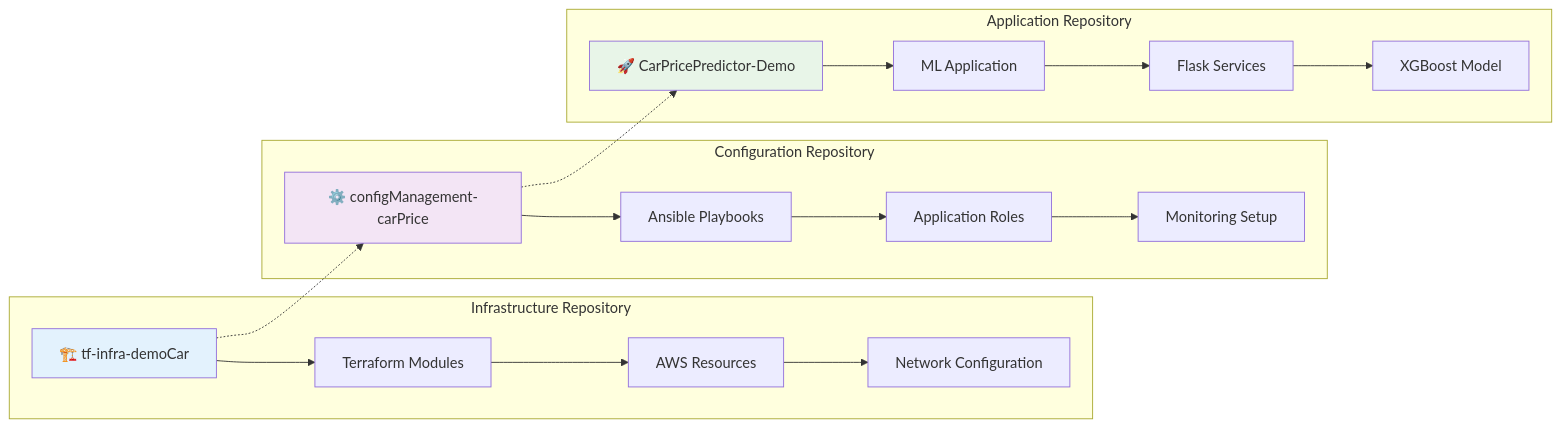
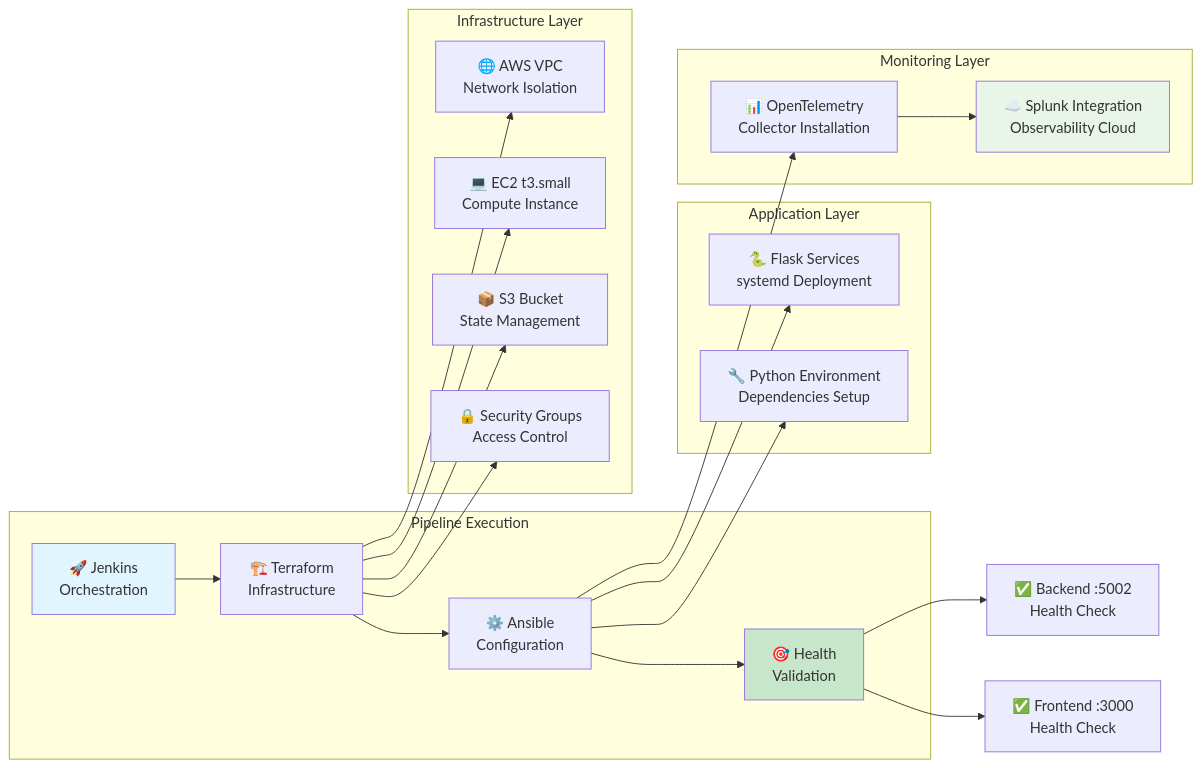
One commit to andreaendigital/CarPricePredictor-Demo changed the second of 6 diagrams in docs/jenkins/DOCUMENTATION_FOR_EXPO.md. Above: the diagram before and after it, drawn with Mermaid. The commit also changed other lines of this file, not shown here.

First line of the commit message:
docs: redesign Enterprise Architecture Overview for better organization

````diff
--- a/docs/jenkins/DOCUMENTATION_FOR_EXPO.md
+++ b/docs/jenkins/DOCUMENTATION_FOR_EXPO.md
@@ -80,39 +73,48 @@
 ```mermaid
 flowchart LR
-    subgraph "Infrastructure Repository"
-        A1[🏗️ tf-infra-demoCar]
-        A2[Terraform Modules]
-        A3[AWS Resources]
-        A4[Network Configuration]
-        A1 --> A2
-        A2 --> A3
-        A3 --> A4
+    subgraph "Pipeline Execution"
+        A[🚀 Jenkins<br/>Orchestration]
+        B[🏗️ Terraform<br/>Infrastructure]
+        C[⚙️ Ansible<br/>Configuration]
+        D[🎯 Health<br/>Validation]
     end
 
-    subgraph "Configuration Repository"
-        B1[⚙️ configManagement-carPrice]
-        B2[Ansible Playbooks]
-        B3[Application Roles]
-        B4[Monitoring Setup]
-        B1 --> B2
-        B2 --> B3
-        B3 --> B4
+    subgraph "Infrastructure Layer"
+        E[🌐 AWS VPC<br/>Network Isolation]
+        F[💻 EC2 t3.small<br/>Compute Instance]
+        G[📦 S3 Bucket<br/>State Management]
+        H[🔒 Security Groups<br/>Access Control]
     end
 
-    subgraph "Application Repository"
-        C1[🚀 CarPricePredictor-Demo]
-        C2[ML Application]
-        C3[Flask Services]
-        C4[XGBoost Model]
-        C1 --> C2
-        C2 --> C3
-        C3 --> C4
+    subgraph "Application Layer"
+        I[🐍 Flask Services<br/>systemd Deployment]
+        J[🔧 Python Environment<br/>Dependencies Setup]
     end
 
-    A1 -.-> B1
-    B1 -.-> C1
+    subgraph "Monitoring Layer"
+        K[📊 OpenTelemetry<br/>Collector Installation]
+        L[☁️ Splunk Integration<br/>Observability Cloud]
+    end
 
-    style A1 fill:#e3f2fd
-    style B1 fill:#f3e5f5
-    style C1 fill:#e8f5e8
+    A --> B
+    B --> C
+    C --> D
+
+    B --> E
+    B --> F
+    B --> G
+    B --> H
+
+    C --> I
+    C --> J
+    C --> K
+
+    K --> L
+
+    D --> M[✅ Backend :5002<br/>Health Check]
+    D --> N[✅ Frontend :3000<br/>Health Check]
+
+    style A fill:#e1f5fe
+    style D fill:#c8e6c9
+    style L fill:#e8f5e8
 ```
````
